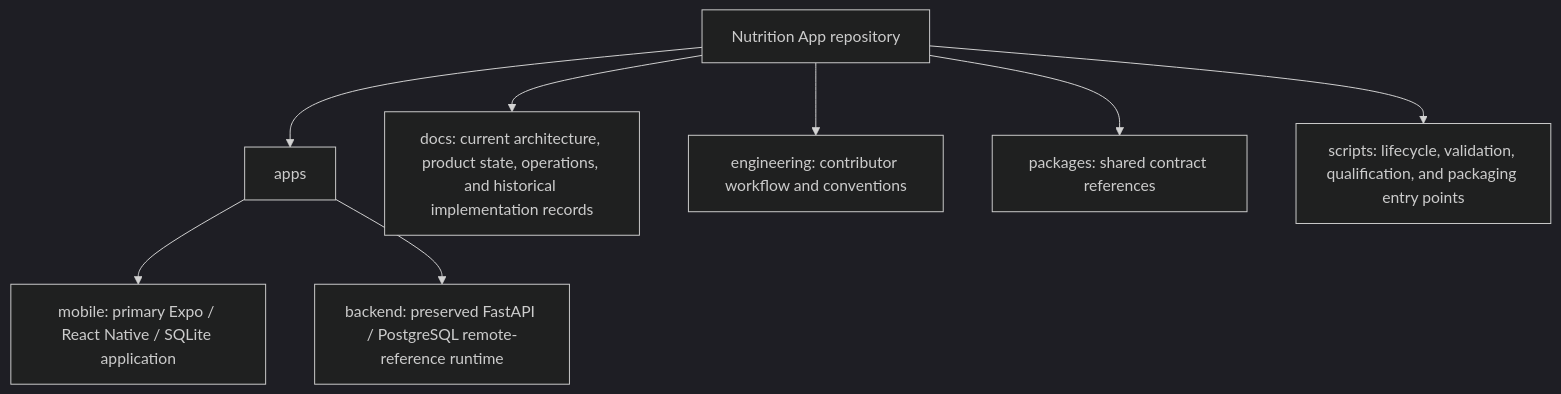
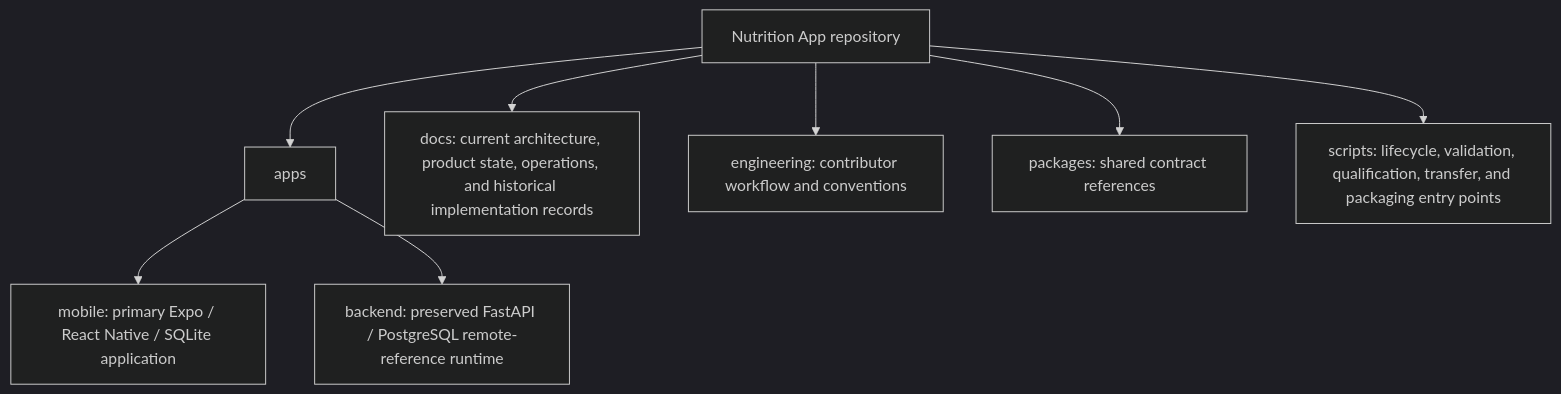
The first of 2 diagrams in README.md (MitCaine/Nutrition-App), drawn with Mermaid (dark theme) before and after one commit. The commit also changed other lines of this file and 3 other files, not shown here.

````diff
--- a/README.md
+++ b/README.md
@@ -25,10 +26,10 @@
 ```mermaid
 flowchart TD
     Repo["Nutrition App repository"] --> Apps["apps"]
     Apps --> Mobile["mobile: primary Expo / React Native / SQLite application"]
     Apps --> Backend["backend: preserved FastAPI / PostgreSQL remote-reference runtime"]
     Repo --> Docs["docs: current architecture, product state, operations, and historical implementation records"]
     Repo --> Engineering["engineering: contributor workflow and conventions"]
     Repo --> Packages["packages: shared contract references"]
-    Repo --> Scripts["scripts: lifecycle, validation, qualification, and packaging entry points"]
+    Repo --> Scripts["scripts: lifecycle, validation, qualification, transfer, and packaging entry points"]
 ```
````
